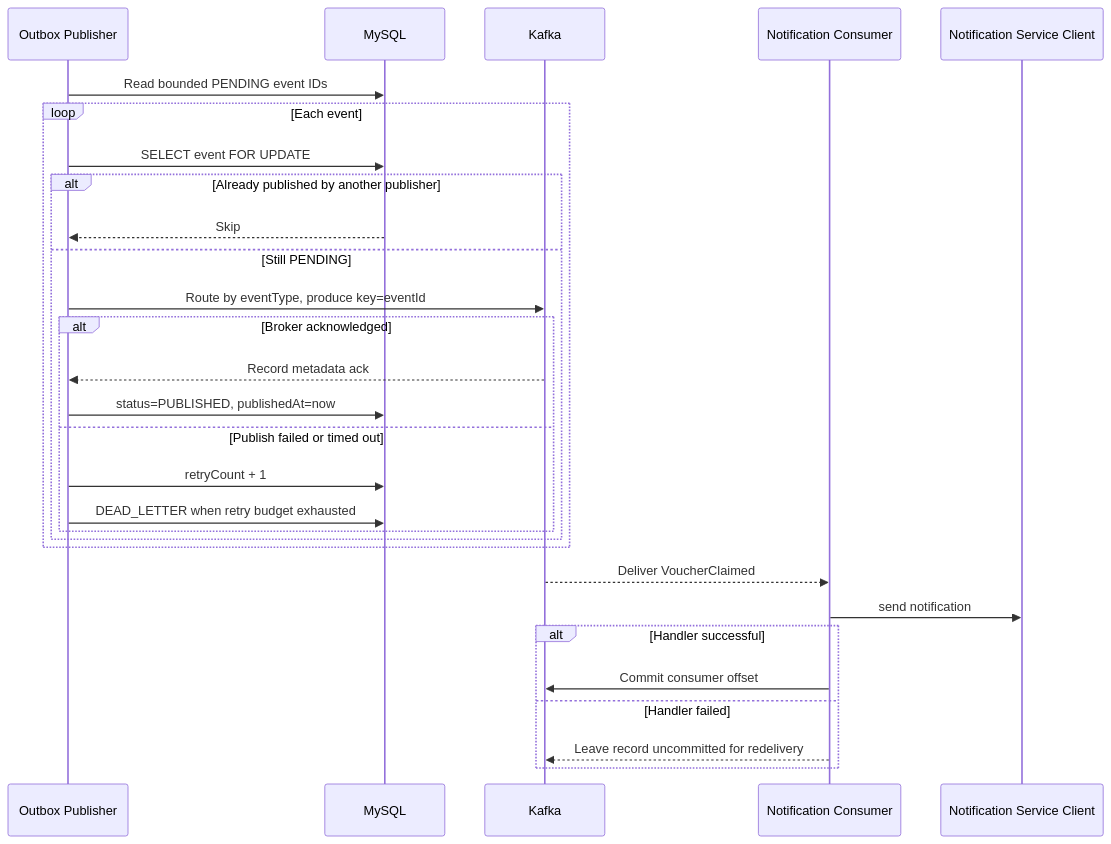
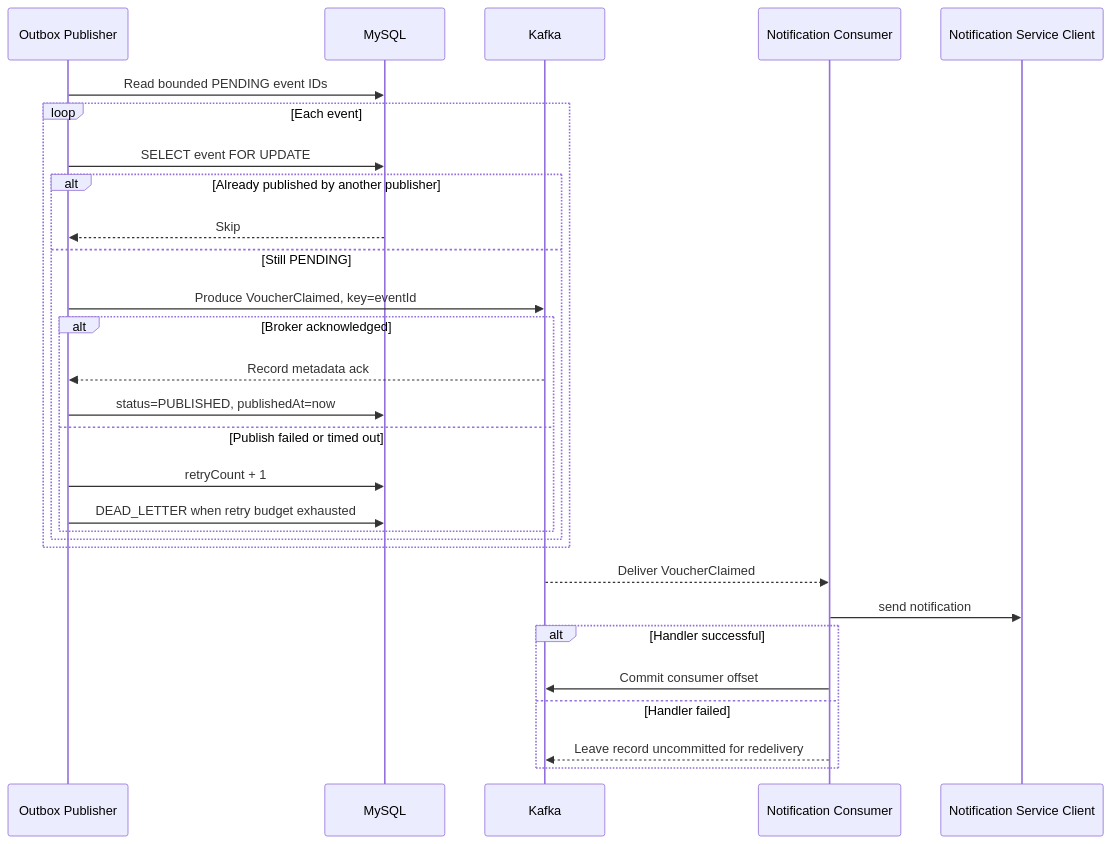
One commit to PhamDinhDuy-2508/Voucher-claim-system changed diagram 12 of 13 in SOLUTION.md. Above: the diagram before and after it, drawn with Mermaid. The commit also changed other lines of this file and 16 other files, not shown here.

````diff
--- a/SOLUTION.md
+++ b/SOLUTION.md
@@ -790,32 +772,32 @@
 ```mermaid
 sequenceDiagram
     participant P as Outbox Publisher
     participant DB as MySQL
     participant K as Kafka
     participant C as Notification Consumer
     participant N as Notification Service Client
 
     P->>DB: Read bounded PENDING event IDs
     loop Each event
         P->>DB: SELECT event FOR UPDATE
         alt Already published by another publisher
             DB-->>P: Skip
         else Still PENDING
-            P->>K: Route by eventType, produce key=eventId
+            P->>K: Produce VoucherClaimed, key=eventId
             alt Broker acknowledged
                 K-->>P: Record metadata ack
                 P->>DB: status=PUBLISHED, publishedAt=now
             else Publish failed or timed out
                 P->>DB: retryCount + 1
                 P->>DB: DEAD_LETTER when retry budget exhausted
             end
         end
     end
     K-->>C: Deliver VoucherClaimed
     C->>N: send notification
     alt Handler successful
         C->>K: Commit consumer offset
     else Handler failed
         C-->>K: Leave record uncommitted for redelivery
     end
 ```
````
